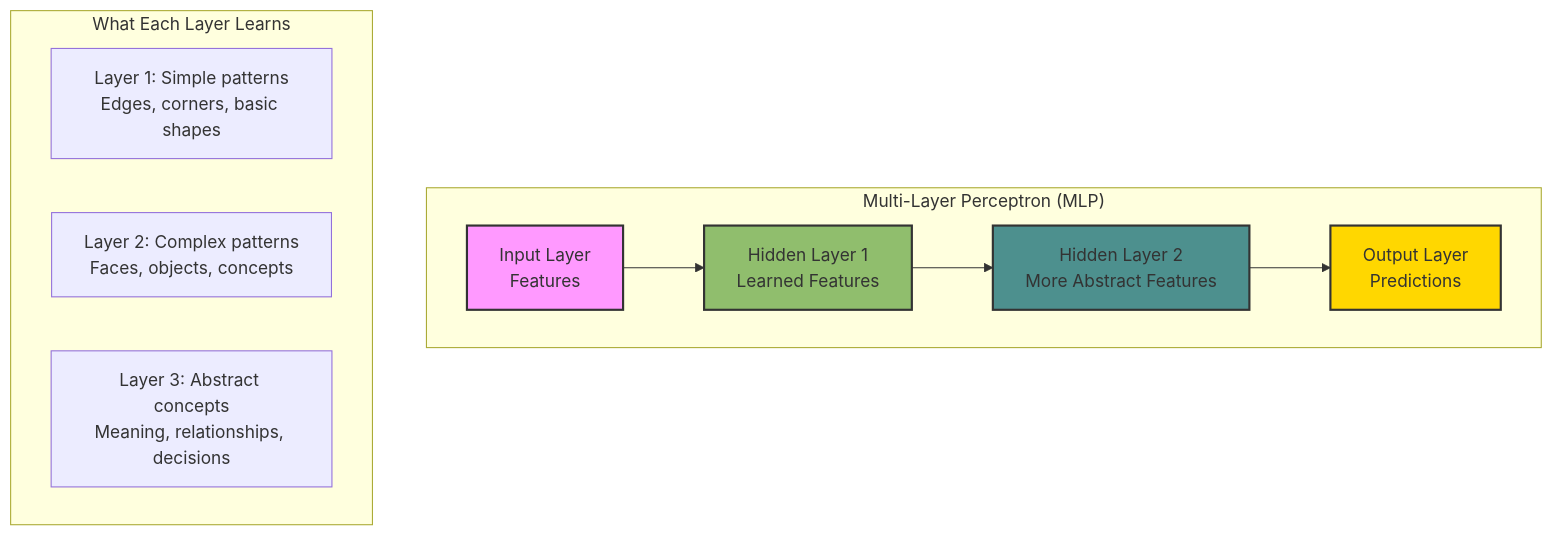
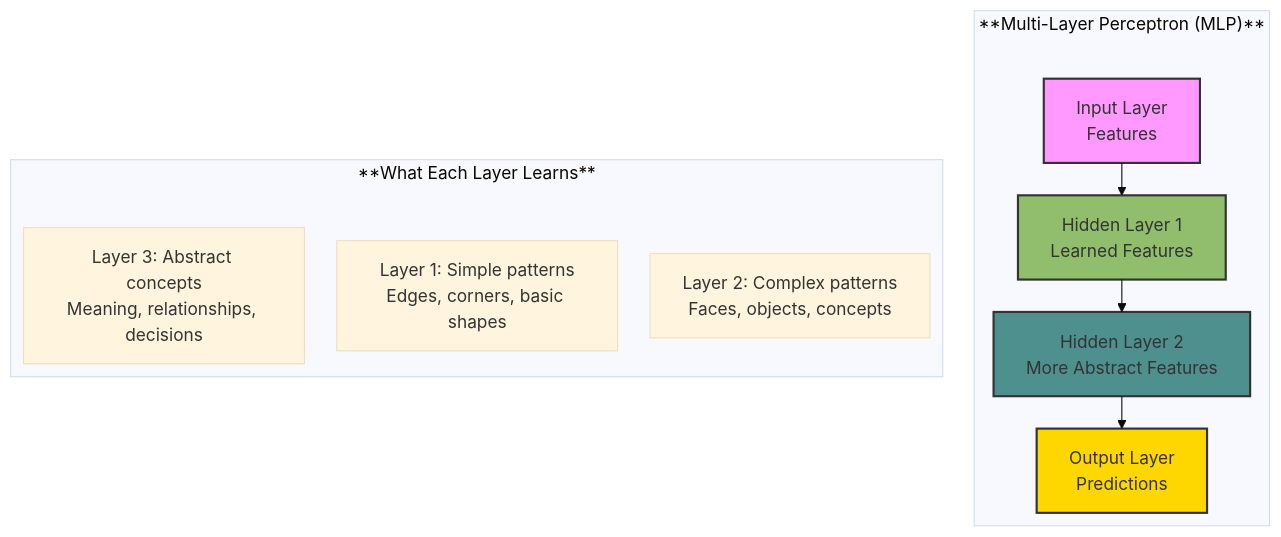
One commit to Vineet-Sharma-Medium-Stories/Medium-Build-Tool changed the third of 5 diagrams in The 2026 AI Metromap/The 2026 AI Metromap: Neural Network Architecture – From Perceptron to MLP.md. Above: the diagram before and after it, drawn with Mermaid. The commit also changed other lines of this file and 37 other files, not shown here.

````diff
--- a/The 2026 AI Metromap/The 2026 AI Metromap: Neural Network Architecture – From Perceptron to MLP.md
+++ b/The 2026 AI Metromap/The 2026 AI Metromap: Neural Network Architecture – From Perceptron to MLP.md
@@ -253,19 +264,24 @@
 ```mermaid
+---
+config:
+  theme: base
+  layout: elk
+---
 graph TD
-    subgraph "Multi-Layer Perceptron (MLP)"
+    subgraph "**Multi-Layer Perceptron (MLP)**"
         I[Input Layer<br/>Features] --> H1[Hidden Layer 1<br/>Learned Features]
         H1 --> H2[Hidden Layer 2<br/>More Abstract Features]
         H2 --> O[Output Layer<br/>Predictions]
     end
     
-    subgraph "What Each Layer Learns"
+    subgraph "**What Each Layer Learns**"
         L1[Layer 1: Simple patterns<br/>Edges, corners, basic shapes]
         L2[Layer 2: Complex patterns<br/>Faces, objects, concepts]
         L3[Layer 3: Abstract concepts<br/>Meaning, relationships, decisions]
     end
     
     style I fill:#f9f,stroke:#333,stroke-width:2px
     style H1 fill:#90be6d,stroke:#333,stroke-width:2px
     style H2 fill:#4d908e,stroke:#333,stroke-width:2px
     style O fill:#ffd700,stroke:#333,stroke-width:2px
 ```
````
